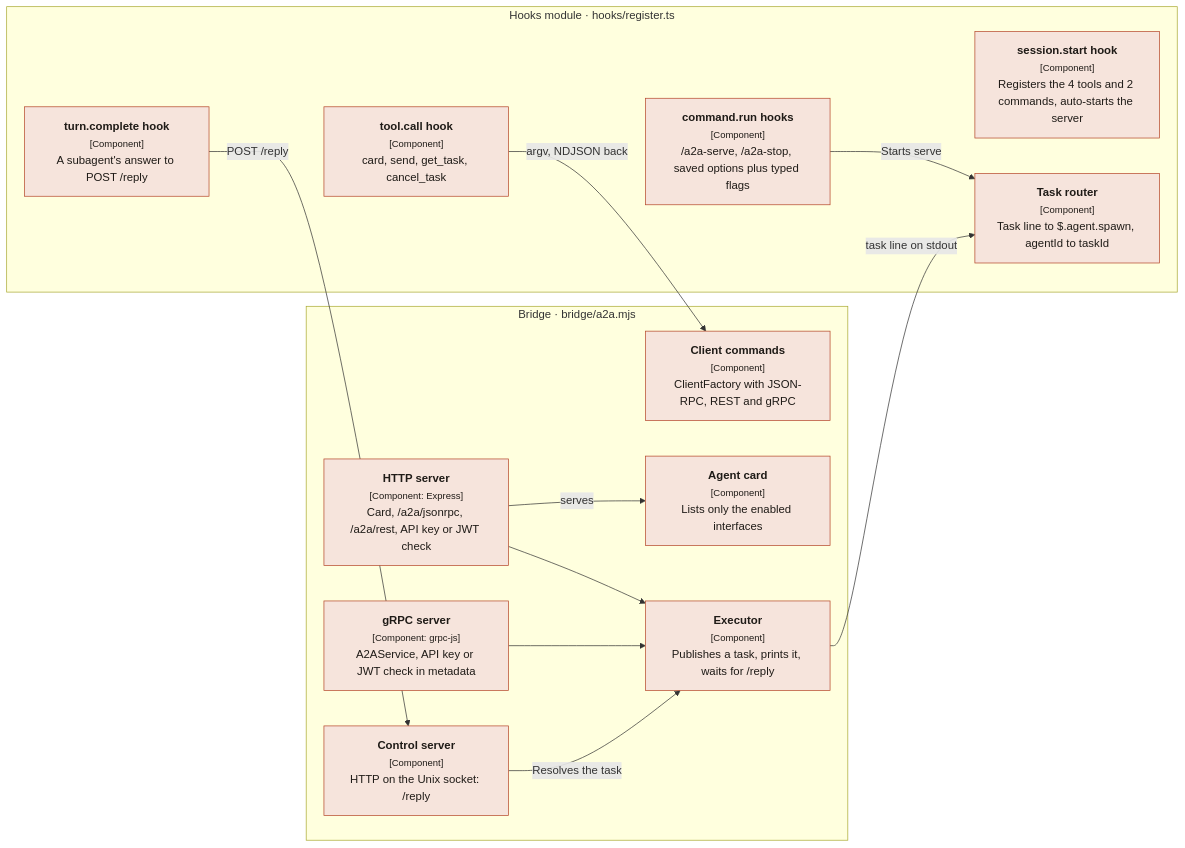
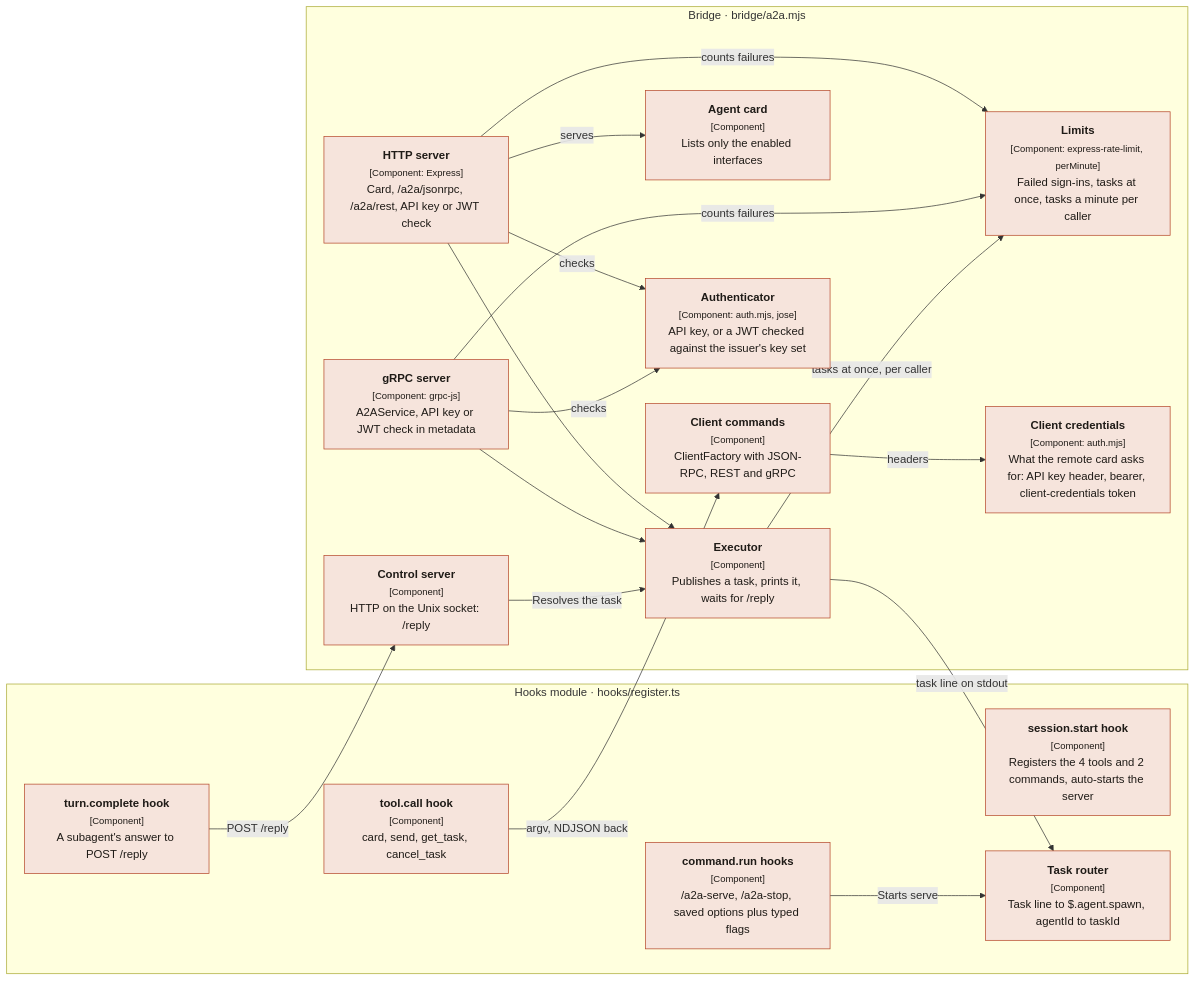
One commit to fulgas/claude-a2a changed the third of 6 diagrams in docs/architecture.md. Above: the diagram before and after it, drawn with Mermaid. The commit also changed other lines of this file, not shown here.

First line of the commit message:
docs(architecture): authentication and limits in the diagrams, decisions, risks and glossary

````diff
--- a/docs/architecture.md
+++ b/docs/architecture.md
@@ -94,31 +100,40 @@
 ```mermaid
 flowchart LR
   subgraph mod["Hooks module · hooks/register.ts"]
     reg["<b>session.start hook</b><br/><small>[Component]</small><br/>Registers the 4 tools and 2 commands, auto-starts the server"]
     tools["<b>tool.call hook</b><br/><small>[Component]</small><br/>card, send, get_task, cancel_task"]
     cmds["<b>command.run hooks</b><br/><small>[Component]</small><br/>/a2a-serve, /a2a-stop, saved options plus typed flags"]
     router["<b>Task router</b><br/><small>[Component]</small><br/>Task line to $.agent.spawn, agentId to taskId"]
     done["<b>turn.complete hook</b><br/><small>[Component]</small><br/>A subagent's answer to POST /reply"]
   end
   subgraph bridge["Bridge · bridge/a2a.mjs"]
     cli["<b>Client commands</b><br/><small>[Component]</small><br/>ClientFactory with JSON-RPC, REST and gRPC"]
     card["<b>Agent card</b><br/><small>[Component]</small><br/>Lists only the enabled interfaces"]
     http["<b>HTTP server</b><br/><small>[Component: Express]</small><br/>Card, /a2a/jsonrpc, /a2a/rest, API key or JWT check"]
     grpc["<b>gRPC server</b><br/><small>[Component: grpc-js]</small><br/>A2AService, API key or JWT check in metadata"]
     exec["<b>Executor</b><br/><small>[Component]</small><br/>Publishes a task, prints it, waits for /reply"]
     ctl["<b>Control server</b><br/><small>[Component]</small><br/>HTTP on the Unix socket: /reply"]
+    auth["<b>Authenticator</b><br/><small>[Component: auth.mjs, jose]</small><br/>API key, or a JWT checked against the issuer's key set"]
+    limits["<b>Limits</b><br/><small>[Component: express-rate-limit, perMinute]</small><br/>Failed sign-ins, tasks at once, tasks a minute per caller"]
+    creds["<b>Client credentials</b><br/><small>[Component: auth.mjs]</small><br/>What the remote card asks for: API key header, bearer, client-credentials token"]
   end
   tools -- "argv, NDJSON back" --> cli
   cmds -- "Starts serve" --> router
+  http -- "checks" --> auth
+  grpc -- "checks" --> auth
+  http -- "counts failures" --> limits
+  grpc -- "counts failures" --> limits
+  exec -- "tasks at once, per caller" --> limits
+  cli -- "headers" --> creds
   http --> exec
   grpc --> exec
   http -- "serves" --> card
   exec -- "task line on stdout" --> router
   done -- "POST /reply" --> ctl
   ctl -- "Resolves the task" --> exec
   classDef person fill:#8E3820,stroke:#6E2A17,color:#fff
   classDef system fill:#B5472A,stroke:#8E3820,color:#fff
   classDef container fill:#F6E4DC,stroke:#B5472A,color:#1F1B17
   classDef external fill:#EDE6DD,stroke:#8A8178,color:#1F1B17
-  class reg,tools,cmds,router,done,cli,card,http,grpc,exec,ctl container
+  class reg,tools,cmds,router,done,cli,card,http,grpc,exec,ctl,auth,limits,creds container
 ```
````
